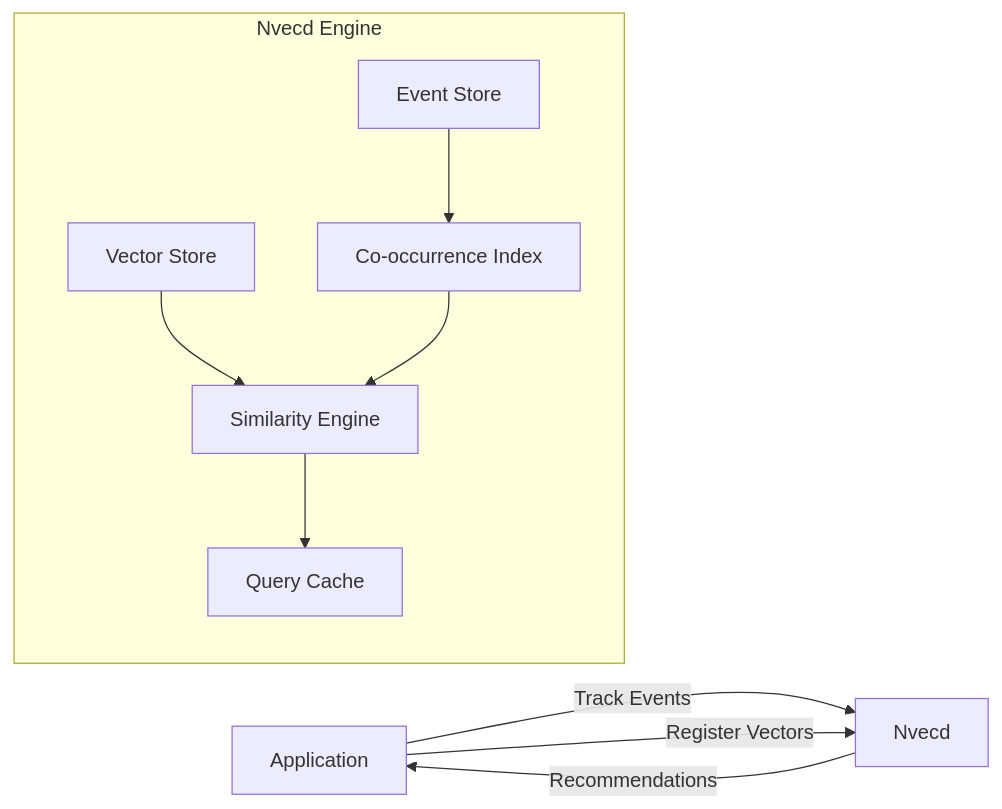
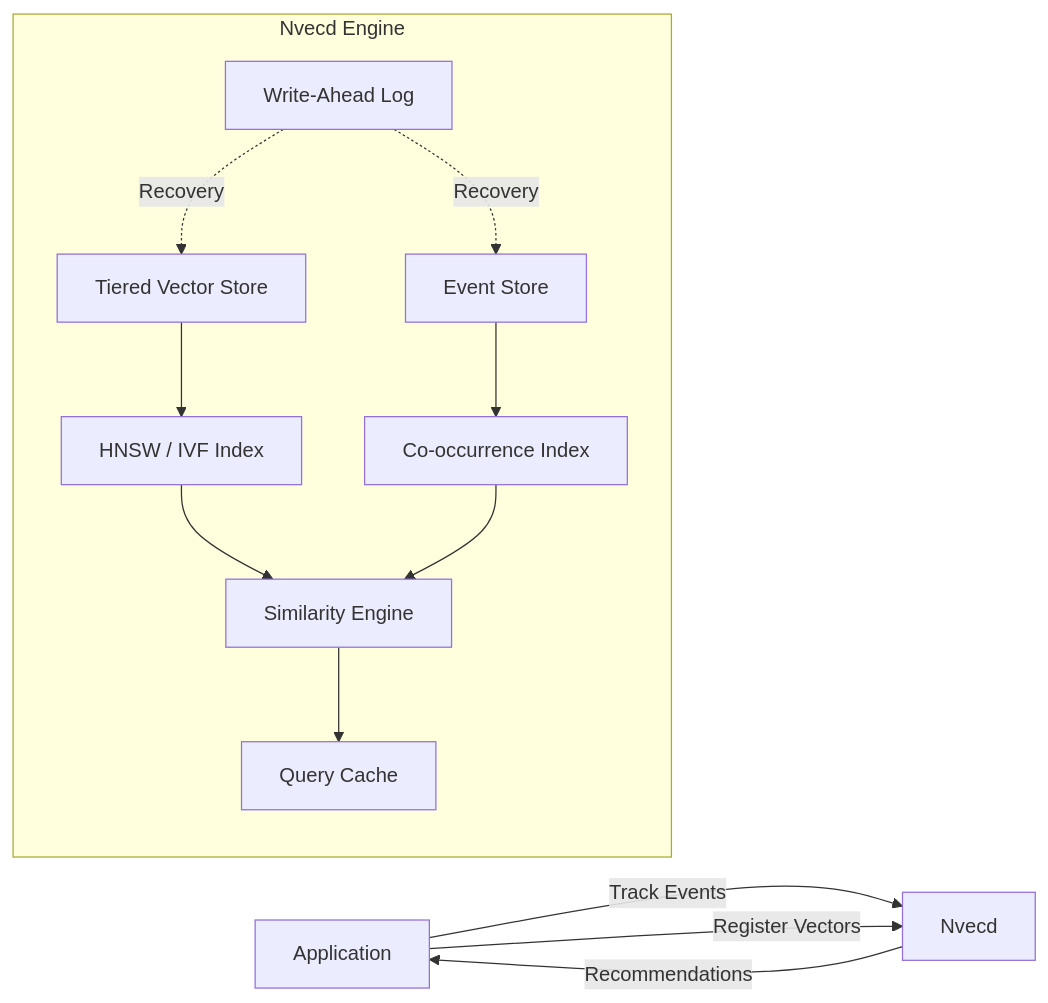
Before and after one commit to libraz/nvecd: the diagram in README.md, drawn with Mermaid. The commit also changed other lines of this file and 3 other files, not shown here.

````diff
--- a/README.md
+++ b/README.md
@@ -174,13 +185,16 @@
 ```mermaid
 graph LR
     App[Application] -->|Track Events| Nvecd[Nvecd]
     App -->|Register Vectors| Nvecd
     Nvecd -->|Recommendations| App
 
     subgraph Nvecd Engine
         Events[Event Store] --> CoOcc[Co-occurrence Index]
-        Vectors[Vector Store] --> Sim[Similarity Engine]
+        Vectors[Tiered Vector Store] --> ANN[HNSW / IVF Index]
+        ANN --> Sim[Similarity Engine]
         CoOcc --> Sim
         Sim --> Cache[Query Cache]
+        WAL[Write-Ahead Log] -.->|Recovery| Events
+        WAL -.->|Recovery| Vectors
     end
 ```
````
